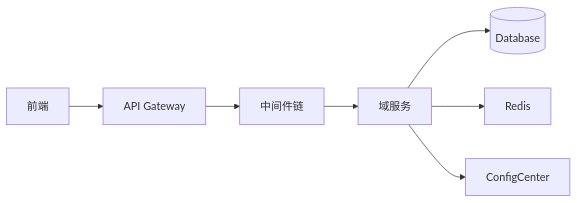
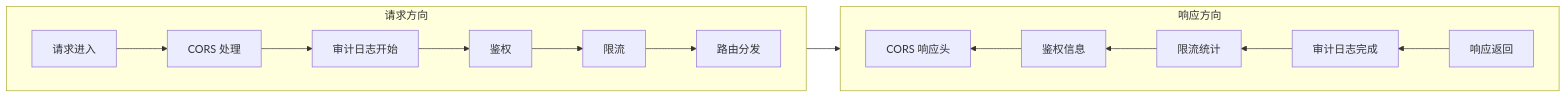
The fourth of 6 diagrams in docs/[08]API入口与中间件模块/README.md (fairyspace/x-media), drawn with Mermaid before and after one commit. The commit also changed other lines of this file, not shown here.

````diff
--- a/docs/[08]API入口与中间件模块/README.md
+++ b/docs/[08]API入口与中间件模块/README.md
@@ -59,9 +269,19 @@
 ```mermaid
 flowchart LR
-    A[前端] --> B[API Gateway]
-    B --> C[中间件链]
-    C --> D[域服务]
-    D --> E[(Database)]
-    D --> F[Redis]
-    D --> G[ConfigCenter]
+    subgraph 请求方向
+        direction LR
+        A[请求进入] --> B[CORS 处理]
+        B --> C[审计日志开始]
+        C --> D[鉴权]
+        D --> E[限流]
+        E --> F[路由分发]
+    end
+    subgraph 响应方向
+        direction RL
+        G[响应返回] --> H[审计日志完成]
+        H --> I[限流统计]
+        I --> J[鉴权信息]
+        J --> K[CORS 响应头]
+    end
+    F --> G
 ```
````
